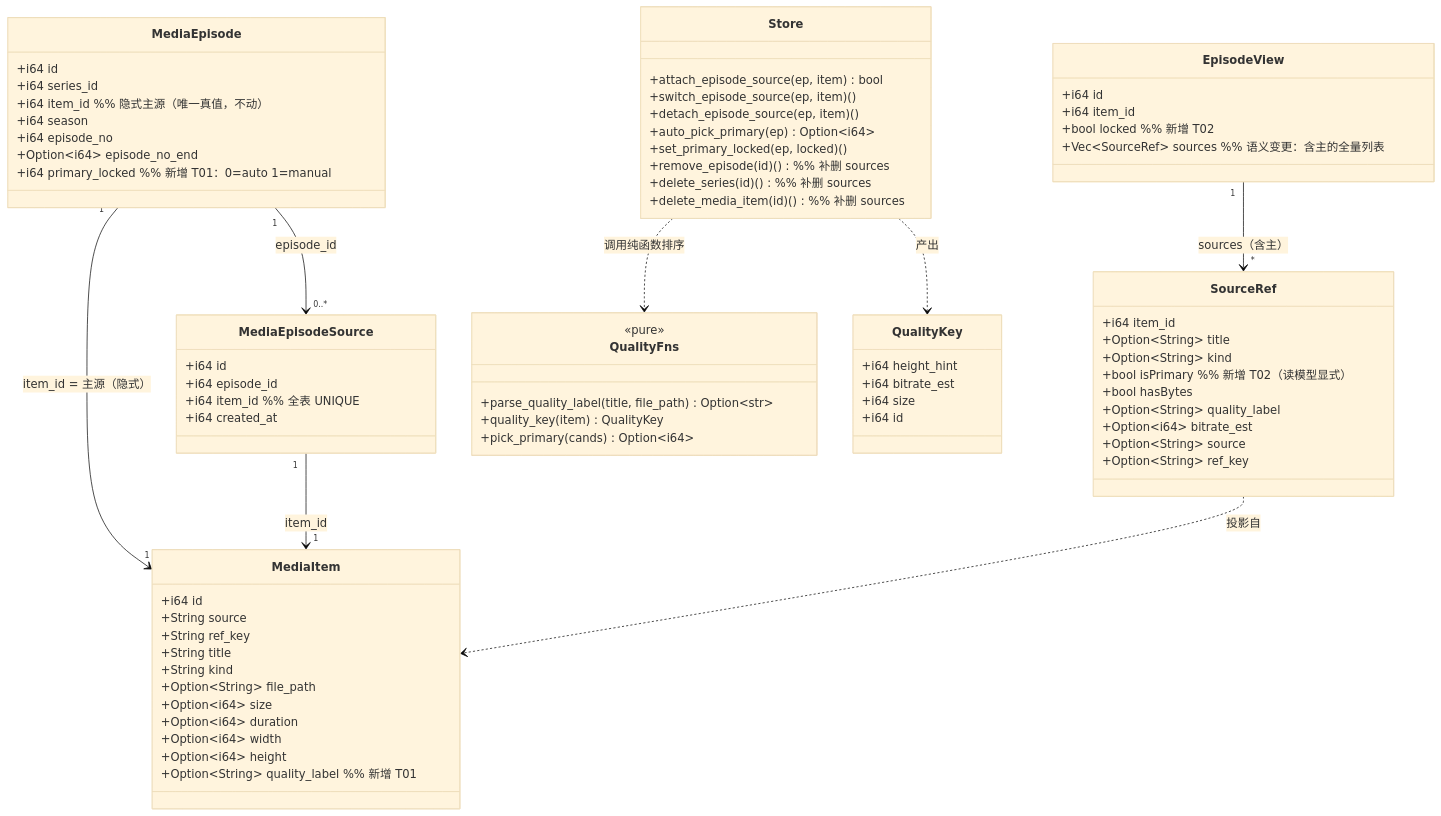
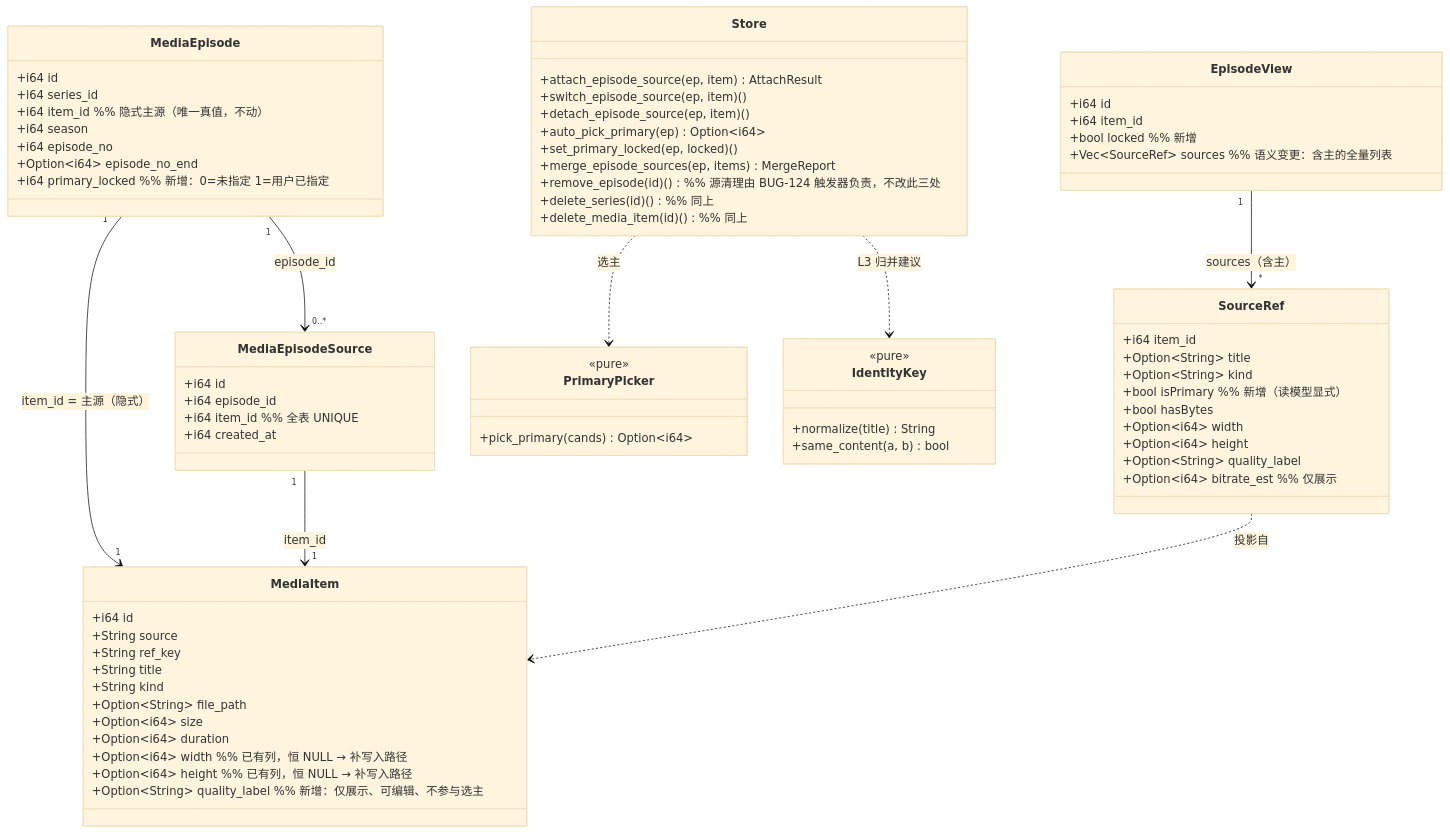
One commit to origadmin/orig-hub changed the first of 3 diagrams in docs/design/episode-multi-source-design-2026-09-22.md. Above: the diagram before and after it, drawn with Mermaid (base theme). The commit also changed other lines of this file and 6 other files, not shown here.

First line of the commit message:
docs(bugs): close BUG-123/124/127/128 and refute the quality-label assumption

````diff
--- a/docs/design/episode-multi-source-design-2026-09-22.md
+++ b/docs/design/episode-multi-source-design-2026-09-22.md
@@ -361,78 +507,79 @@
 ```mermaid
 classDiagram
     class MediaItem {
         +i64 id
         +String source
         +String ref_key
         +String title
         +String kind
         +Option~String~ file_path
         +Option~i64~ size
         +Option~i64~ duration
-        +Option~i64~ width
-        +Option~i64~ height
-        +Option~String~ quality_label  %% 新增 T01
+        +Option~i64~ width   %% 已有列，恒 NULL → 补写入路径
+        +Option~i64~ height  %% 已有列，恒 NULL → 补写入路径
+        +Option~String~ quality_label  %% 新增：仅展示、可编辑、不参与选主
     }
     class MediaEpisode {
         +i64 id
         +i64 series_id
         +i64 item_id  %% 隐式主源（唯一真值，不动）
         +i64 season
         +i64 episode_no
         +Option~i64~ episode_no_end
-        +i64 primary_locked  %% 新增 T01：0=auto 1=manual
+        +i64 primary_locked  %% 新增：0=未指定 1=用户已指定
     }
     class MediaEpisodeSource {
         +i64 id
         +i64 episode_id
         +i64 item_id  %% 全表 UNIQUE
         +i64 created_at
     }
-    class QualityKey {
-        +i64 height_hint
-        +i64 bitrate_est
-        +i64 size
-        +i64 id
+    class PrimaryPicker {
+        <<pure>>
+        +pick_primary(cands) Option~i64~
+        %% 分层：用户指定 > 有字节 > height 降序 > 默认(入库最早)
+        %% 严格更优才切；无信号时不排序
+    }
+    class IdentityKey {
+        <<pure>>
+        +normalize(title) String
+        %% 顺序敏感剥离；规范分辨率白名单；防年份误剥
+        +same_content(a, b) bool
     }
     class SourceRef {
         +i64 item_id
         +Option~String~ title
         +Option~String~ kind
-        +bool isPrimary  %% 新增 T02（读模型显式）
+        +bool isPrimary      %% 新增（读模型显式）
         +bool hasBytes
+        +Option~i64~ width
+        +Option~i64~ height
         +Option~String~ quality_label
-        +Option~i64~ bitrate_est
-        +Option~String~ source
-        +Option~String~ ref_key
+        +Option~i64~ bitrate_est  %% 仅展示
     }
     class EpisodeView {
         +i64 id
         +i64 item_id
-        +bool locked  %% 新增 T02
+        +bool locked  %% 新增
         +Vec~SourceRef~ sources  %% 语义变更：含主的全量列表
     }
     class Store {
-        +attach_episode_source(ep, item) bool
+        +attach_episode_source(ep, item) AttachResult
         +switch_episode_source(ep, item) ()
         +detach_episode_source(ep, item) ()
         +auto_pick_primary(ep) Option~i64~
         +set_primary_locked(ep, locked) ()
-        +remove_episode(id) ()       %% 补删 sources
-        +delete_series(id) ()        %% 补删 sources
-        +delete_media_item(id) ()    %% 补删 sources
-    }
-    class QualityFns {
-        <<pure>>
-        +parse_quality_label(title, file_path) Option~str~
-        +quality_key(item) QualityKey
-        +pick_primary(cands) Option~i64~
+        +merge_episode_sources(ep, items) MergeReport
+        +remove_episode(id) ()       %% 源清理由 BUG-124 触发器负责，不改此三处
+        +delete_series(id) ()        %% 同上
+        +delete_media_item(id) ()    %% 同上
     }
 
     MediaEpisode "1" --> "1" MediaItem : item_id = 主源（隐式）
     MediaEpisode "1" --> "0..*" MediaEpisodeSource : episode_id
     MediaEpisodeSource "1" --> "1" MediaItem : item_id
     EpisodeView "1" --> "*" SourceRef : sources（含主）
     SourceRef ..> MediaItem : 投影自
-    Store ..> QualityFns : 调用纯函数排序
-    Store ..> QualityKey : 产出
+    Store ..> PrimaryPicker : 选主
+    Store ..> IdentityKey : L3 归并建议
 ```
````
